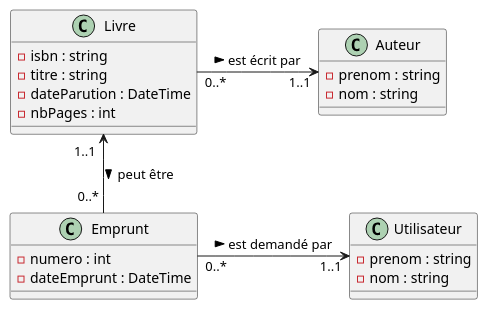
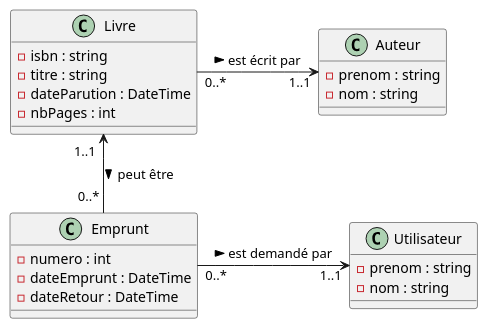
Before and after one commit to nathanpierret/php-db-biblio: the diagram in documentation/Diagramme de classes.puml, drawn with PlantUML. The commit also changed 7 other files, not shown here.

```diff
--- a/documentation/Diagramme de classes.puml
+++ b/documentation/Diagramme de classes.puml
@@ -1,30 +1,31 @@
 @startuml
 'https://plantuml.com/class-diagram
 
 class Livre {
     -isbn : string
     -titre : string
     -dateParution : DateTime
     -nbPages : int
 }
 
 class Auteur {
     -prenom : string
     -nom : string
 }
 
 class Emprunt {
     -numero : int
     -dateEmprunt : DateTime
+    -dateRetour : DateTime
 }
 
 class Utilisateur {
     -prenom : string
     -nom : string
 }
 
 Livre "0..*" -> "1..1" Auteur : est écrit par >
 Livre "1..1  " <-- "0..* " Emprunt : > peut être
 Emprunt "0..*" -> "1..1" Utilisateur : > est demandé par
 
 @enduml
```
